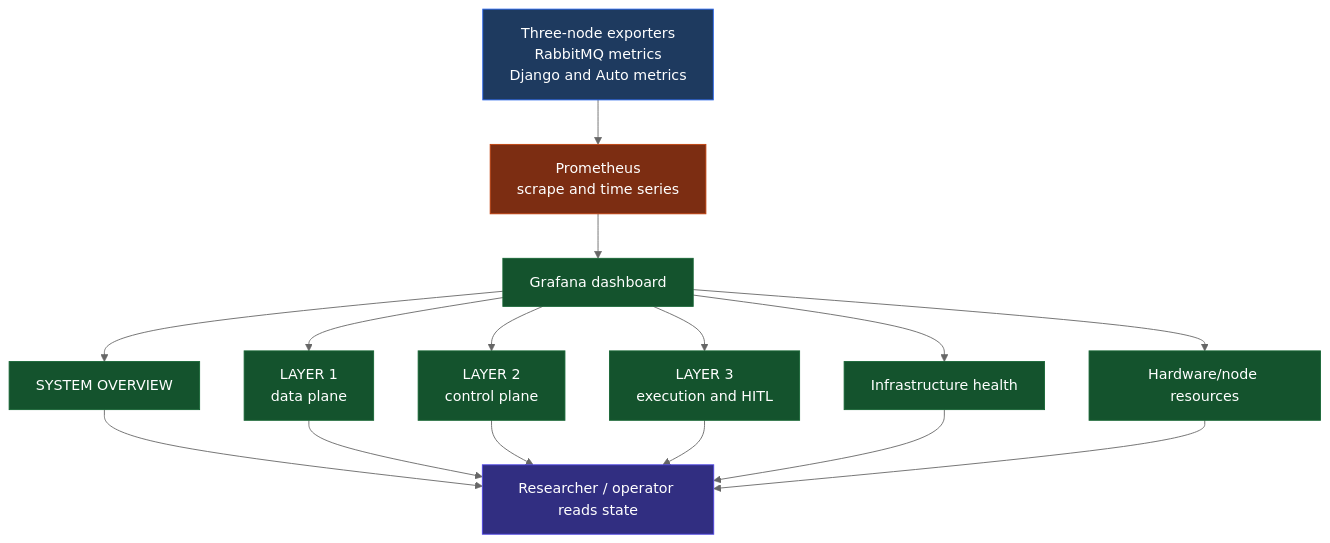
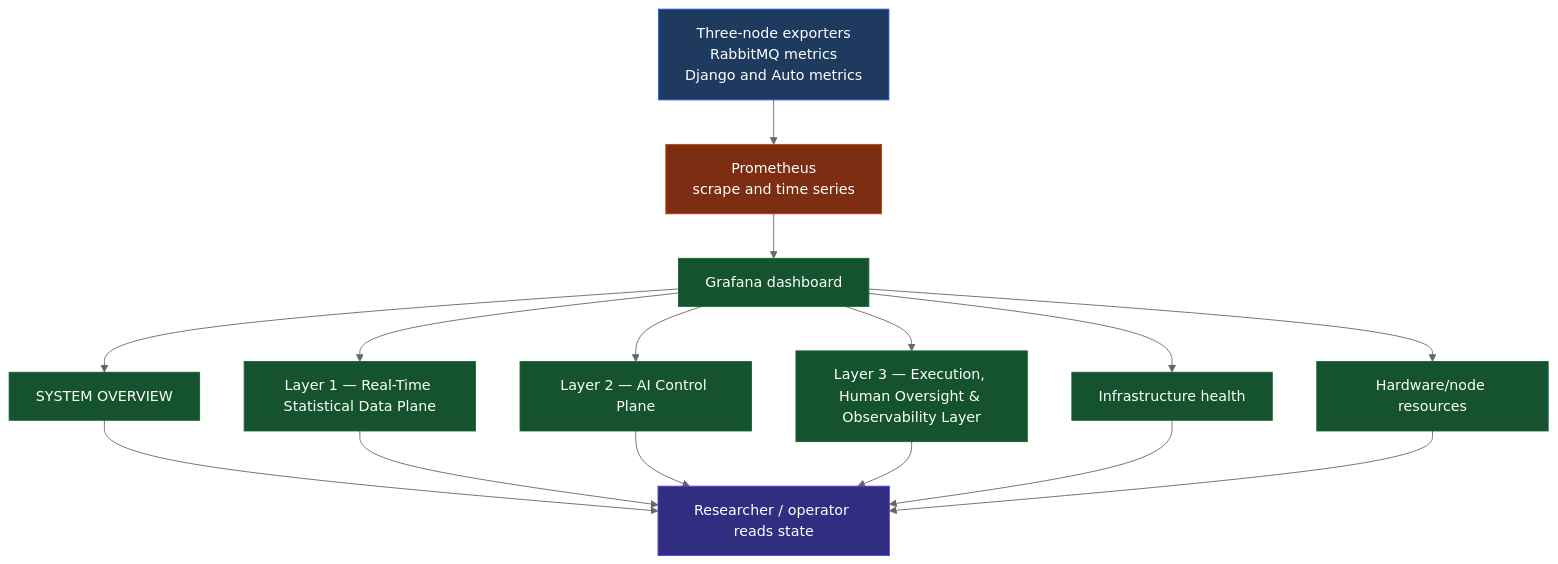
Before and after one commit to Spectre206/fyp-pipeline: diagram 11 of 13 in layer3/docs/layer3_component_log.md, drawn with Mermaid (neutral theme). The commit also changed other lines of this file and 14 other files, not shown here.

```diff
--- a/layer3/docs/layer3_component_log.md
+++ b/layer3/docs/layer3_component_log.md
@@ -476,26 +477,26 @@
 ~~~mermaid
 flowchart TB
     classDef source fill:#1e3a5f,color:#fff,stroke:#2563eb
     classDef prom fill:#7c2d12,color:#fff,stroke:#c2410c
     classDef graf fill:#14532d,color:#fff,stroke:#166534
     classDef reader fill:#312e81,color:#fff,stroke:#4f46e5
 
     S[Three-node exporters<br/>RabbitMQ metrics<br/>Django and Auto metrics] --> P[Prometheus<br/>scrape and time series]
     P --> G[Grafana dashboard]
     G --> O[SYSTEM OVERVIEW]
-    G --> L1[LAYER 1<br/>data plane]
-    G --> L2[LAYER 2<br/>control plane]
-    G --> L3[LAYER 3<br/>execution and HITL]
+    G --> L1["Layer 1 — Real-Time Statistical Data Plane"]
+    G --> L2["Layer 2 — AI Control Plane"]
+    G --> L3["Layer 3 — Execution, Human Oversight & Observability Layer"]
     G --> I[Infrastructure health]
     G --> H[Hardware/node resources]
     O --> R[Researcher / operator reads state]
     L1 --> R
     L2 --> R
     L3 --> R
     I --> R
     H --> R
     class S source
     class P prom
     class G,O,L1,L2,L3,I,H graf
     class R reader
 ~~~
```
